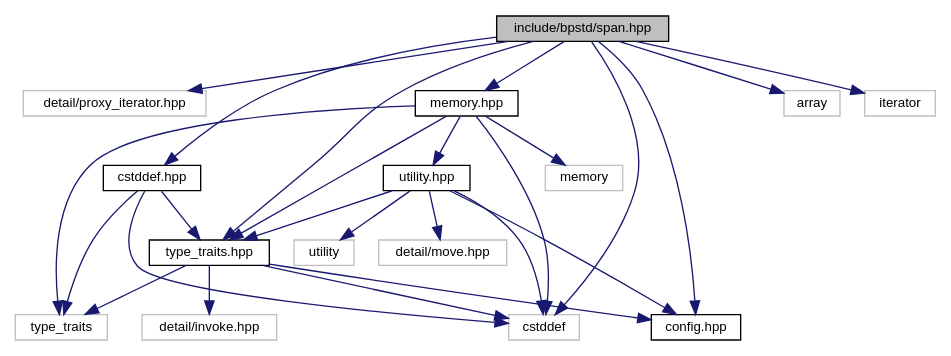
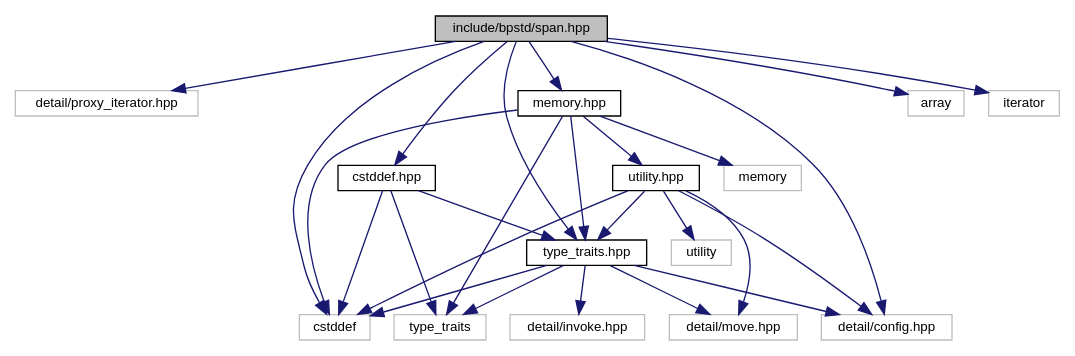
One commit to bitwizeshift/BackportCpp changed the diagram in api/latest/d8/d64/span_8hpp__incl.dot. Above: the diagram before and after it, drawn with Graphviz. The commit also changed 67 other files, not shown here.

```diff
--- a/api/latest/d8/d64/span_8hpp__incl.dot
+++ b/api/latest/d8/d64/span_8hpp__incl.dot
@@ -1,45 +1,46 @@
 digraph "include/bpstd/span.hpp"
 {
   edge [fontname="Helvetica",fontsize="10",labelfontname="Helvetica",labelfontsize="10"];
   node [fontname="Helvetica",fontsize="10",shape=record];
   Node0 [label="include/bpstd/span.hpp",height=0.2,width=0.4,color="black", fillcolor="grey75", style="filled", fontcolor="black"];
   Node0 -> Node1 [color="midnightblue",fontsize="10",style="solid",fontname="Helvetica"];
   Node1 [label="detail/proxy_iterator.hpp",height=0.2,width=0.4,color="grey75", fillcolor="white", style="filled"];
   Node0 -> Node2 [color="midnightblue",fontsize="10",style="solid",fontname="Helvetica"];
-  Node2 [label="config.hpp",height=0.2,width=0.4,color="black", fillcolor="white", style="filled",URL="$d8/dfd/config_8hpp.html",tooltip="This header provides configuration data for the bpstd library. "];
+  Node2 [label="detail/config.hpp",height=0.2,width=0.4,color="grey75", fillcolor="white", style="filled"];
   Node0 -> Node3 [color="midnightblue",fontsize="10",style="solid",fontname="Helvetica"];
   Node3 [label="cstddef.hpp",height=0.2,width=0.4,color="black", fillcolor="white", style="filled",URL="$d0/dc7/cstddef_8hpp.html",tooltip="This header provides definitions from the C++ header <cstddef> "];
   Node3 -> Node4 [color="midnightblue",fontsize="10",style="solid",fontname="Helvetica"];
   Node4 [label="type_traits.hpp",height=0.2,width=0.4,color="black", fillcolor="white", style="filled",URL="$dc/d54/type__traits_8hpp.html",tooltip="This header provides definitions from the C++ header <type_traits> "];
   Node4 -> Node2 [color="midnightblue",fontsize="10",style="solid",fontname="Helvetica"];
   Node4 -> Node5 [color="midnightblue",fontsize="10",style="solid",fontname="Helvetica"];
-  Node5 [label="detail/invoke.hpp",height=0.2,width=0.4,color="grey75", fillcolor="white", style="filled"];
+  Node5 [label="detail/move.hpp",height=0.2,width=0.4,color="grey75", fillcolor="white", style="filled"];
   Node4 -> Node6 [color="midnightblue",fontsize="10",style="solid",fontname="Helvetica"];
-  Node6 [label="type_traits",height=0.2,width=0.4,color="grey75", fillcolor="white", style="filled"];
+  Node6 [label="detail/invoke.hpp",height=0.2,width=0.4,color="grey75", fillcolor="white", style="filled"];
   Node4 -> Node7 [color="midnightblue",fontsize="10",style="solid",fontname="Helvetica"];
-  Node7 [label="cstddef",height=0.2,width=0.4,color="grey75", fillcolor="white", style="filled"];
-  Node3 -> Node6 [color="midnightblue",fontsize="10",style="solid",fontname="Helvetica"];
+  Node7 [label="type_traits",height=0.2,width=0.4,color="grey75", fillcolor="white", style="filled"];
+  Node4 -> Node8 [color="midnightblue",fontsize="10",style="solid",fontname="Helvetica"];
+  Node8 [label="cstddef",height=0.2,width=0.4,color="grey75", fillcolor="white", style="filled"];
   Node3 -> Node7 [color="midnightblue",fontsize="10",style="solid",fontname="Helvetica"];
+  Node3 -> Node8 [color="midnightblue",fontsize="10",style="solid",fontname="Helvetica"];
+  Node0 -> Node9 [color="midnightblue",fontsize="10",style="solid",fontname="Helvetica"];
+  Node9 [label="memory.hpp",height=0.2,width=0.4,color="black", fillcolor="white", style="filled",URL="$da/d3e/memory_8hpp.html",tooltip="This header provides definitions from the C++ header <memory> "];
+  Node9 -> Node4 [color="midnightblue",fontsize="10",style="solid",fontname="Helvetica"];
+  Node9 -> Node10 [color="midnightblue",fontsize="10",style="solid",fontname="Helvetica"];
+  Node10 [label="utility.hpp",height=0.2,width=0.4,color="black", fillcolor="white", style="filled",URL="$d1/d4e/utility_8hpp.html",tooltip="This header provides definitions from the C++ header <utility> "];
+  Node10 -> Node2 [color="midnightblue",fontsize="10",style="solid",fontname="Helvetica"];
+  Node10 -> Node5 [color="midnightblue",fontsize="10",style="solid",fontname="Helvetica"];
+  Node10 -> Node4 [color="midnightblue",fontsize="10",style="solid",fontname="Helvetica"];
+  Node10 -> Node11 [color="midnightblue",fontsize="10",style="solid",fontname="Helvetica"];
+  Node11 [label="utility",height=0.2,width=0.4,color="grey75", fillcolor="white", style="filled"];
+  Node10 -> Node8 [color="midnightblue",fontsize="10",style="solid",fontname="Helvetica"];
+  Node9 -> Node12 [color="midnightblue",fontsize="10",style="solid",fontname="Helvetica"];
+  Node12 [label="memory",height=0.2,width=0.4,color="grey75", fillcolor="white", style="filled"];
+  Node9 -> Node8 [color="midnightblue",fontsize="10",style="solid",fontname="Helvetica"];
+  Node9 -> Node7 [color="midnightblue",fontsize="10",style="solid",fontname="Helvetica"];
+  Node0 -> Node4 [color="midnightblue",fontsize="10",style="solid",fontname="Helvetica"];
   Node0 -> Node8 [color="midnightblue",fontsize="10",style="solid",fontname="Helvetica"];
-  Node8 [label="memory.hpp",height=0.2,width=0.4,color="black", fillcolor="white", style="filled",URL="$da/d3e/memory_8hpp.html",tooltip="This header provides definitions from the C++ header <memory> "];
-  Node8 -> Node4 [color="midnightblue",fontsize="10",style="solid",fontname="Helvetica"];
-  Node8 -> Node9 [color="midnightblue",fontsize="10",style="solid",fontname="Helvetica"];
-  Node9 [label="utility.hpp",height=0.2,width=0.4,color="black", fillcolor="white", style="filled",URL="$d1/d4e/utility_8hpp.html",tooltip="This header provides definitions from the C++ header <utility> "];
-  Node9 -> Node2 [color="midnightblue",fontsize="10",style="solid",fontname="Helvetica"];
-  Node9 -> Node10 [color="midnightblue",fontsize="10",style="solid",fontname="Helvetica"];
-  Node10 [label="detail/move.hpp",height=0.2,width=0.4,color="grey75", fillcolor="white", style="filled"];
-  Node9 -> Node4 [color="midnightblue",fontsize="10",style="solid",fontname="Helvetica"];
-  Node9 -> Node11 [color="midnightblue",fontsize="10",style="solid",fontname="Helvetica"];
-  Node11 [label="utility",height=0.2,width=0.4,color="grey75", fillcolor="white", style="filled"];
-  Node9 -> Node7 [color="midnightblue",fontsize="10",style="solid",fontname="Helvetica"];
-  Node8 -> Node12 [color="midnightblue",fontsize="10",style="solid",fontname="Helvetica"];
-  Node12 [label="memory",height=0.2,width=0.4,color="grey75", fillcolor="white", style="filled"];
-  Node8 -> Node7 [color="midnightblue",fontsize="10",style="solid",fontname="Helvetica"];
-  Node8 -> Node6 [color="midnightblue",fontsize="10",style="solid",fontname="Helvetica"];
-  Node0 -> Node4 [color="midnightblue",fontsize="10",style="solid",fontname="Helvetica"];
-  Node0 -> Node7 [color="midnightblue",fontsize="10",style="solid",fontname="Helvetica"];
   Node0 -> Node13 [color="midnightblue",fontsize="10",style="solid",fontname="Helvetica"];
   Node13 [label="array",height=0.2,width=0.4,color="grey75", fillcolor="white", style="filled"];
   Node0 -> Node14 [color="midnightblue",fontsize="10",style="solid",fontname="Helvetica"];
   Node14 [label="iterator",height=0.2,width=0.4,color="grey75", fillcolor="white", style="filled"];
 }
```
